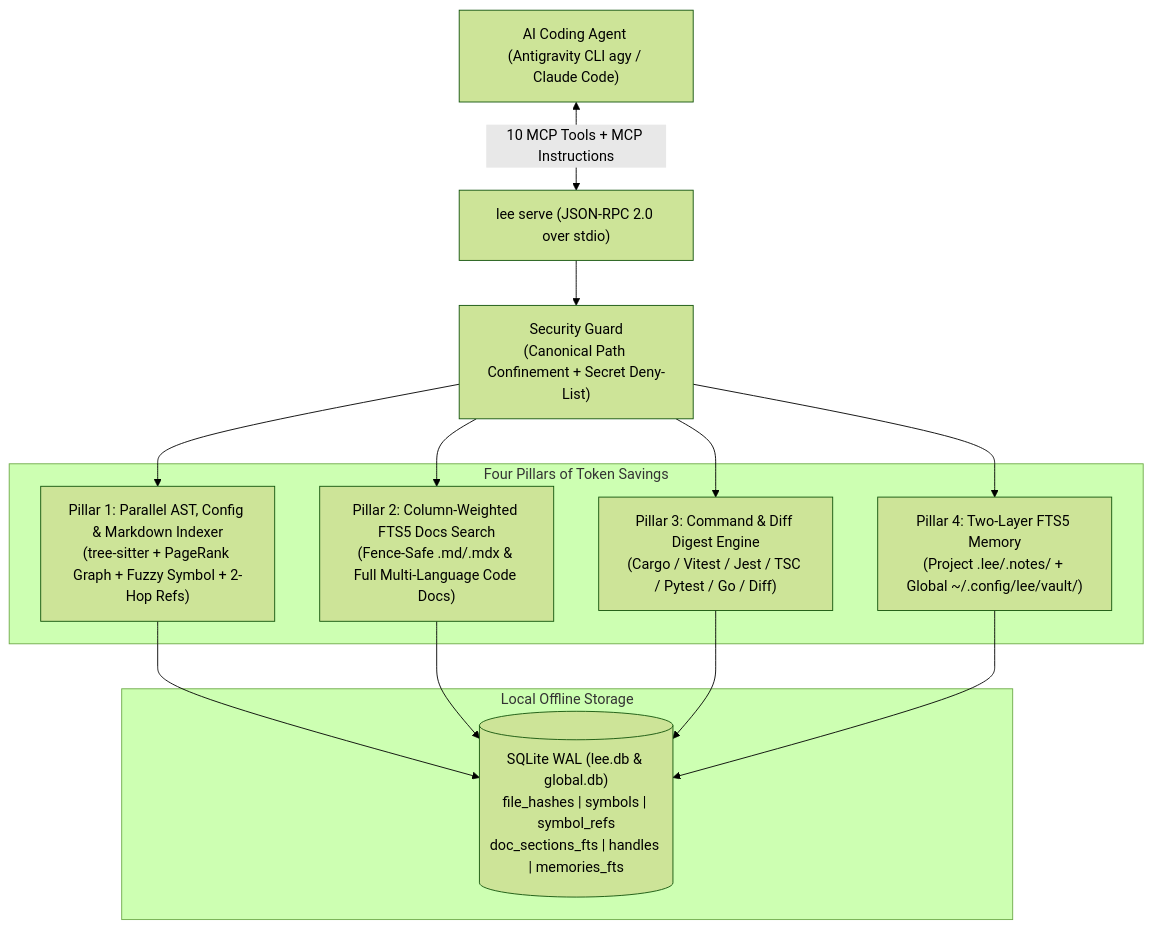
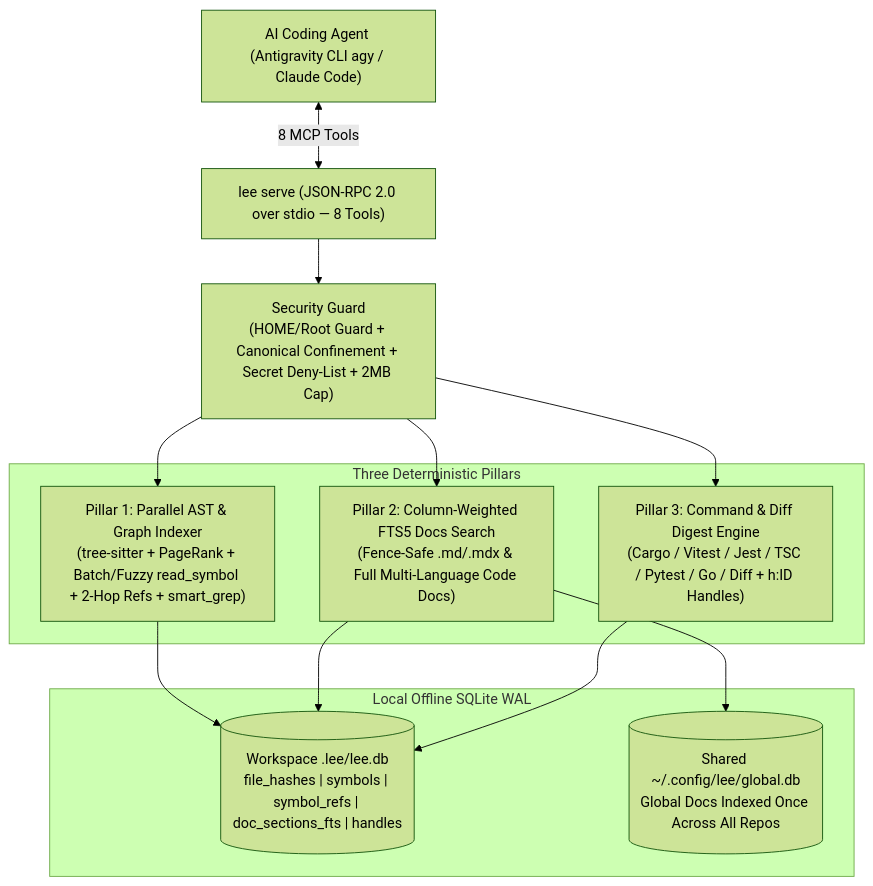
The diagram in README.md (1kaye/lee), drawn with Mermaid (forest theme) before and after one commit. The commit also changed other lines of this file and 11 other files, not shown here.

Commit message:
remove redundant remember/recall_memory bloat, add batch read_symbol and smart_grep whole_word, fix range pagination, skip no-op SQLite write locks, return raw short digest output, and slim AGENTS.md/README.md

````diff
--- a/README.md
+++ b/README.md
@@ -26,29 +22,28 @@
 ```mermaid
 flowchart TD
     Agent["AI Coding Agent (Antigravity CLI agy / Claude Code)"]
-    MCP["lee serve (JSON-RPC 2.0 over stdio)"]
-    Sec["Security Guard\n(Canonical Path Confinement + Secret Deny-List)"]
+    MCP["lee serve (JSON-RPC 2.0 over stdio — 8 Tools)"]
+    Sec["Security Guard\n(HOME/Root Guard + Canonical Confinement + Secret Deny-List + 2MB Cap)"]
 
-    subgraph Pillars["Four Pillars of Token Savings"]
-        Indexer["Pillar 1: Parallel AST, Config & Markdown Indexer\n(tree-sitter + PageRank Graph + Fuzzy Symbol + 2-Hop Refs)"]
+    subgraph Pillars["Three Deterministic Pillars"]
+        Indexer["Pillar 1: Parallel AST & Graph Indexer\n(tree-sitter + PageRank + Batch/Fuzzy read_symbol + 2-Hop Refs + smart_grep)"]
         DocSearch["Pillar 2: Column-Weighted FTS5 Docs Search\n(Fence-Safe .md/.mdx & Full Multi-Language Code Docs)"]
-        Digest["Pillar 3: Command & Diff Digest Engine\n(Cargo / Vitest / Jest / TSC / Pytest / Go / Diff)"]
-        Memory["Pillar 4: Two-Layer FTS5 Memory\n(Project .lee/.notes/ + Global ~/.config/lee/vault/)"]
+        Digest["Pillar 3: Command & Diff Digest Engine\n(Cargo / Vitest / Jest / TSC / Pytest / Go / Diff + h:ID Handles)"]
     end
 
-    subgraph Storage["Local Offline Storage"]
-        DB[("SQLite WAL (lee.db & global.db)\nfile_hashes | symbols | symbol_refs\ndoc_sections_fts | handles | memories_fts")]
+    subgraph Storage["Local Offline SQLite WAL"]
+        LocalDB[("Workspace .lee/lee.db\nfile_hashes | symbols | symbol_refs | doc_sections_fts | handles")]
+        GlobalDB[("Shared ~/.config/lee/global.db\nGlobal Docs Indexed Once Across All Repos")]
     end
 
-    Agent <-->|"10 MCP Tools + MCP Instructions"| MCP
+    Agent <-->|"8 MCP Tools"| MCP
     MCP --> Sec
     Sec --> Indexer
     Sec --> DocSearch
     Sec --> Digest
-    Sec --> Memory
 
-    Indexer --> DB
-    DocSearch --> DB
-    Digest --> DB
-    Memory --> DB
+    Indexer --> LocalDB
+    DocSearch --> LocalDB
+    DocSearch --> GlobalDB
+    Digest --> LocalDB
 ```
````
